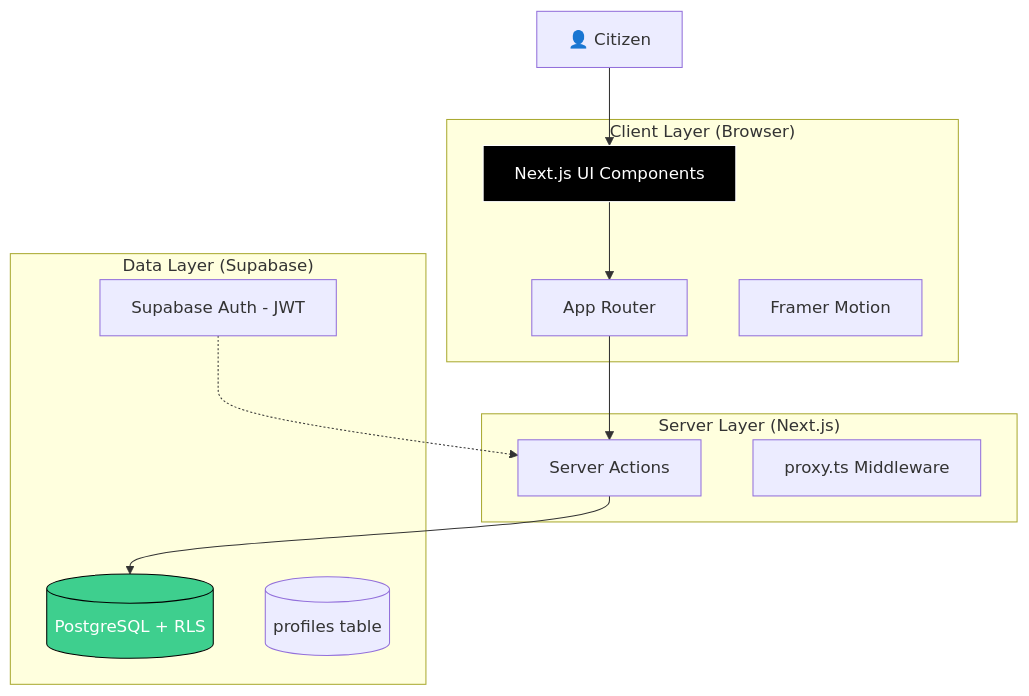
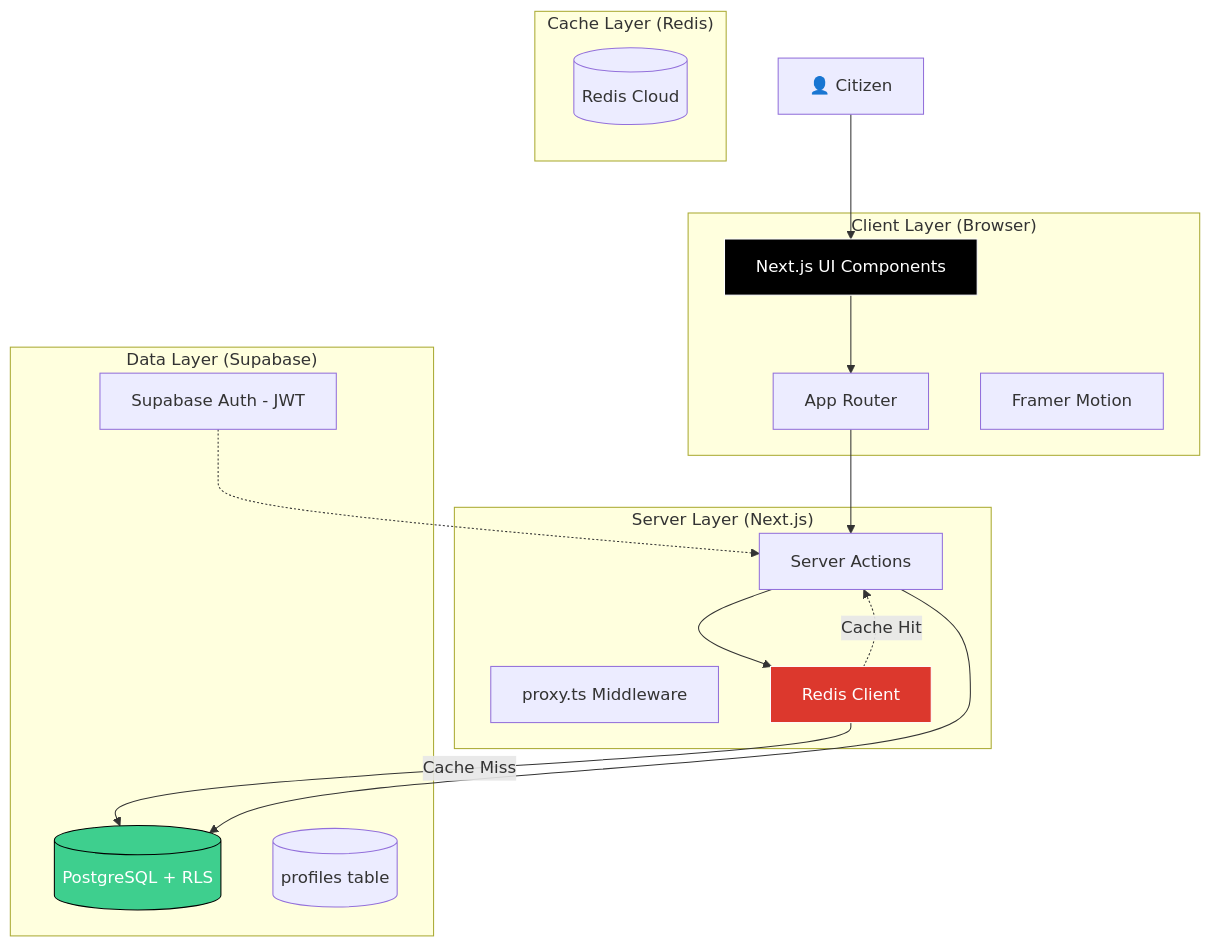
The diagram in README.md (joaoSilva240/ouvidoria-ativa-boituva), drawn with Mermaid before and after one commit. The commit also changed other lines of this file, not shown here.

Commit message:
docs: update architecture diagram and technology stack in README

````diff
--- a/README.md
+++ b/README.md
@@ -23,28 +24,37 @@
 ```mermaid
 graph TB
     subgraph "Client Layer (Browser)"
         UI[Next.js UI Components]
         Router[App Router]
         Motion[Framer Motion]
     end
     
     subgraph "Server Layer (Next.js)"
         SA[Server Actions]
         Proxy[proxy.ts Middleware]
+        Cache[Redis Client]
+    end
+    
+    subgraph "Cache Layer (Redis)"
+        RC[(Redis Cloud)]
     end
     
     subgraph "Data Layer (Supabase)"
         Auth[Supabase Auth - JWT]
         DB[(PostgreSQL + RLS)]
         Profiles[(profiles table)]
     end
     
     User[👤 Citizen] --> UI
     UI --> Router
     Router --> SA
+    SA --> Cache
+    Cache -.->|Cache Hit| SA
+    Cache -->|Cache Miss| DB
     SA --> DB
     Auth -.-> SA
     
     style UI fill:#000,stroke:#fff,color:#fff
+    style Cache fill:#DC382D,stroke:#fff,color:#fff
     style DB fill:#3ECF8E,stroke:#000,color:#fff
 ```
````
